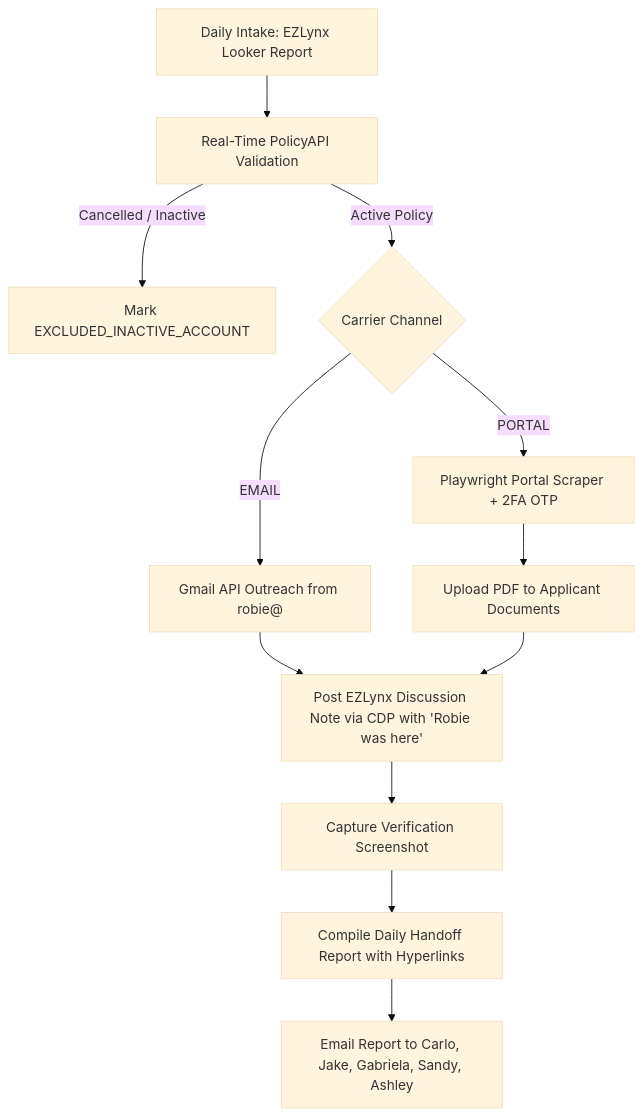
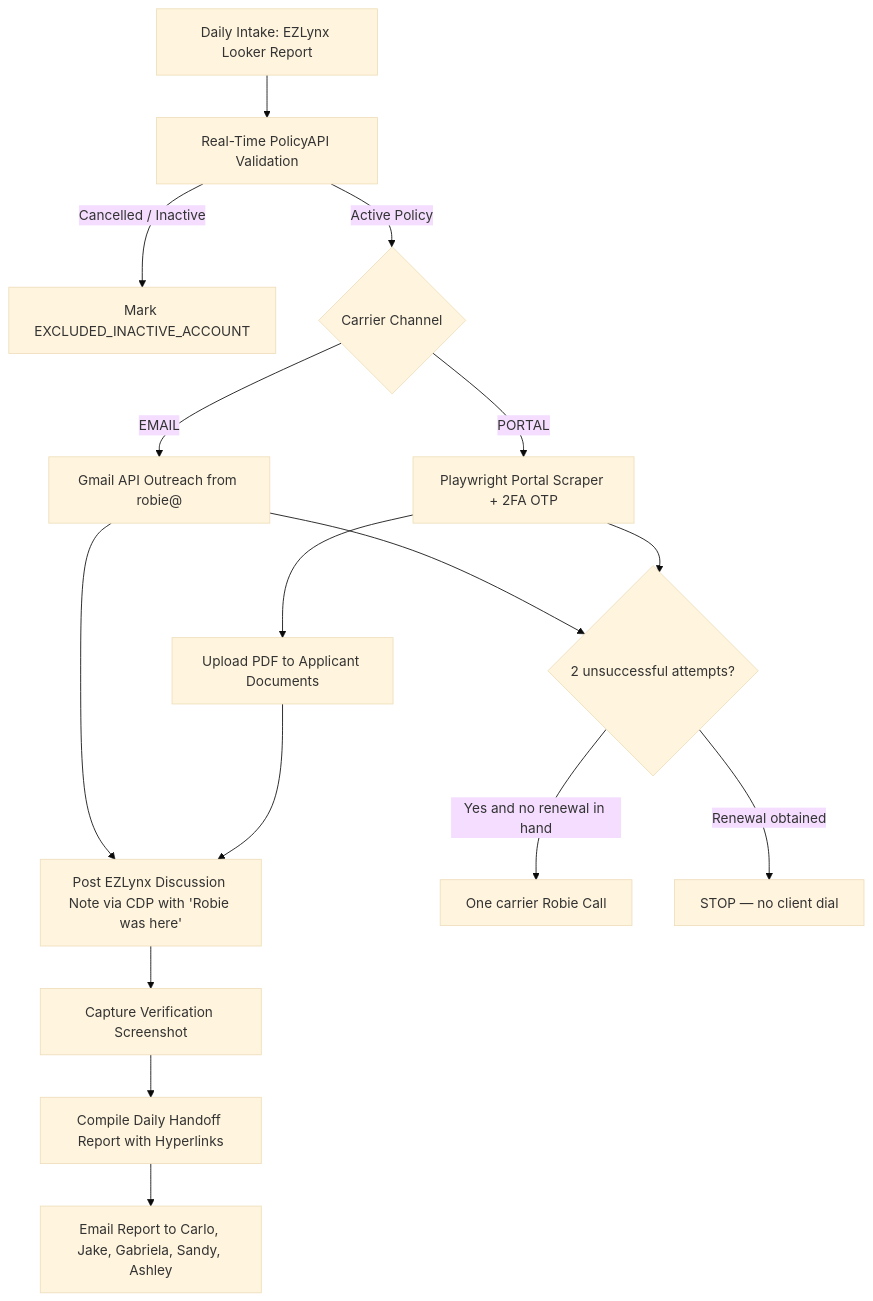
The diagram in docs/MANUAL_RENEWALS_SOP_HANDOFF.md (streetsmart-insurance/robie-hermes), drawn with Mermaid (base theme) before and after one commit. The commit also changed other lines of this file and 15 other files, not shown here.

````diff
--- a/docs/MANUAL_RENEWALS_SOP_HANDOFF.md
+++ b/docs/MANUAL_RENEWALS_SOP_HANDOFF.md
@@ -15,14 +15,18 @@
 ```mermaid
 graph TD
     A[Daily Intake: EZLynx Looker Report] --> B[Real-Time PolicyAPI Validation]
     B -->|Cancelled / Inactive| C[Mark EXCLUDED_INACTIVE_ACCOUNT]
     B -->|Active Policy| D{Carrier Channel}
     D -->|PORTAL| E[Playwright Portal Scraper + 2FA OTP]
     D -->|EMAIL| F[Gmail API Outreach from robie@]
     E --> G[Upload PDF to Applicant Documents]
     F --> H[Post EZLynx Discussion Note via CDP with 'Robie was here']
     G --> H
     H --> I[Capture Verification Screenshot]
     I --> J[Compile Daily Handoff Report with Hyperlinks]
     J --> K[Email Report to Carlo, Jake, Gabriela, Sandy, Ashley]
+    F --> L{2 unsuccessful attempts?}
+    E --> L
+    L -->|Yes and no renewal in hand| M[One carrier Robie Call]
+    L -->|Renewal obtained| N[STOP — no client dial]
 ```
````
